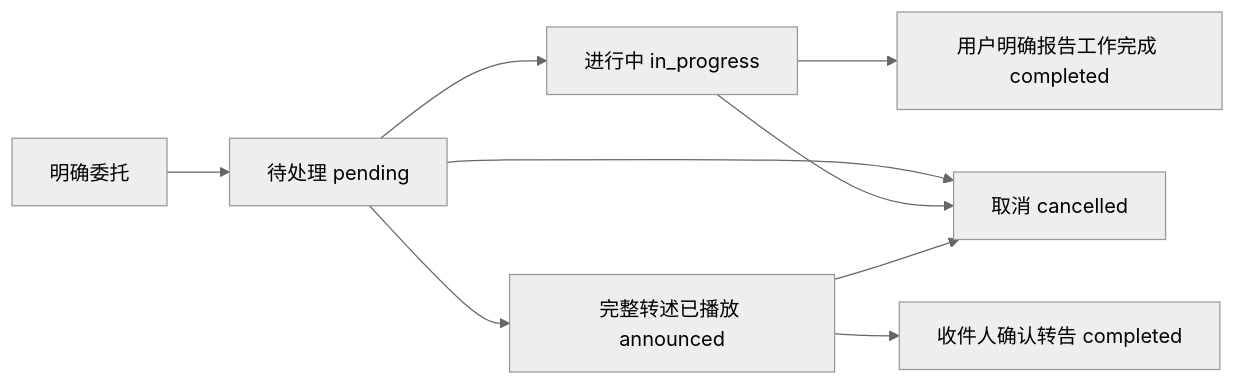
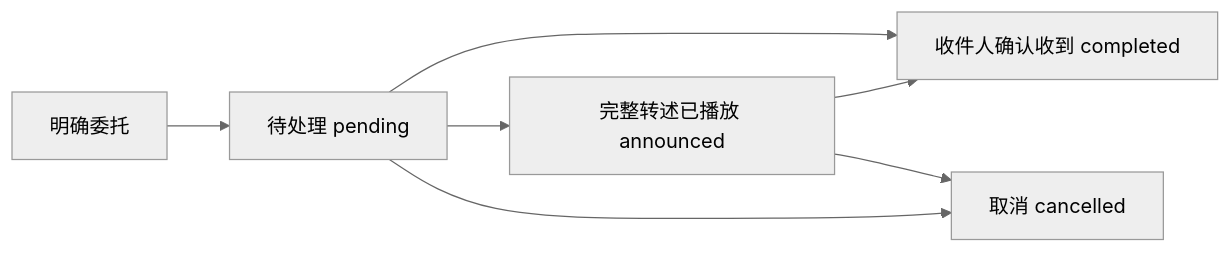
The diagram in docs/developer/ROBOT_WORKING_MEMORY.md (adniyanuo-ui/Vivis), drawn with Mermaid (neutral theme) before and after one commit. The commit also changed other lines of this file and 60 other files, not shown here.

````diff
--- a/docs/developer/ROBOT_WORKING_MEMORY.md
+++ b/docs/developer/ROBOT_WORKING_MEMORY.md
@@ -19,11 +21,9 @@
 ```mermaid
 flowchart LR
     A[明确委托] --> B[待处理 pending]
-    B --> C[进行中 in_progress]
     B --> D[完整转述已播放 announced]
-    D --> E[收件人确认转告 completed]
-    C --> F[用户明确报告工作完成 completed]
+    D --> E[收件人确认收到 completed]
+    B --> E
     B --> G[取消 cancelled]
-    C --> G
     D --> G
 ```
````
